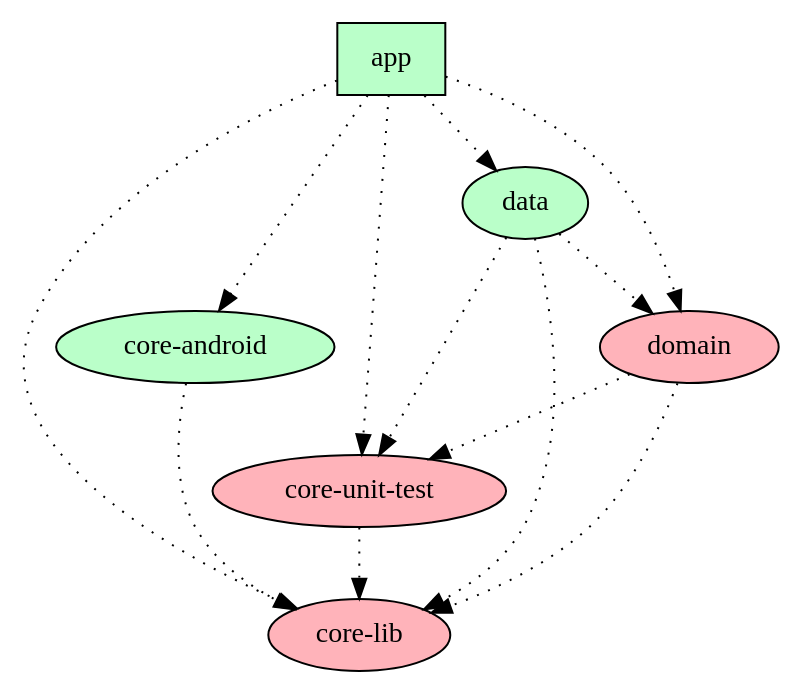
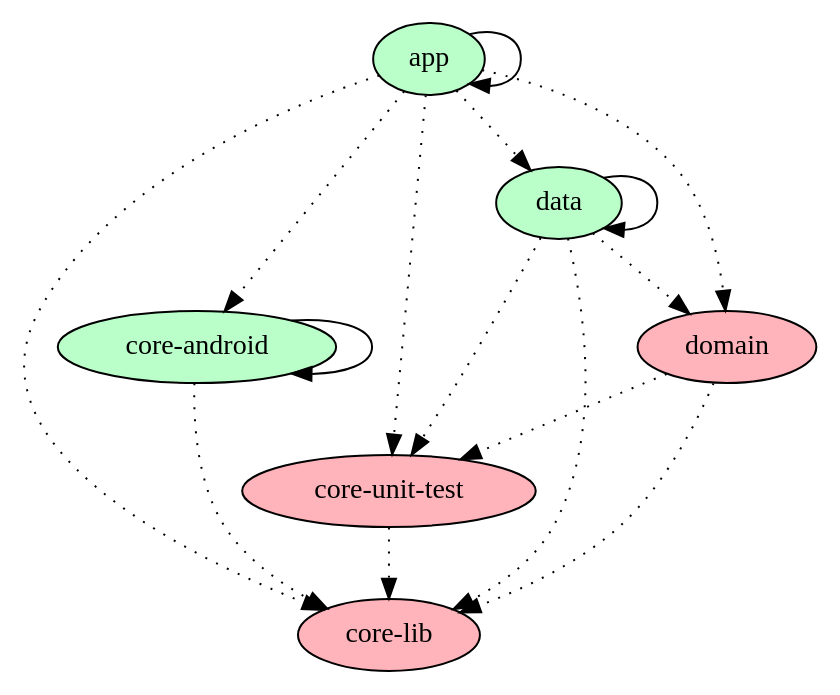
The diagram in dependency-graph/project.dot (huuphuoc1396/AndroidCleanArchitecture), drawn with Graphviz before and after one commit. The commit also changed 4 other files, not shown here.

```diff
--- a/dependency-graph/project.dot
+++ b/dependency-graph/project.dot
@@ -1,31 +1,34 @@
 digraph {
   graph [labelloc=t,fontsize=30,ranksep=0.5];
   node [style=filled, fillcolor="#bbbbbb"];
   rankdir=TB;
 
   # Projects
 
-  "app" [shape=box, fillcolor="#baffc9"];
+  "app" [fillcolor="#baffc9"];
   "core-android" [fillcolor="#baffc9"];
   "core-lib" [fillcolor="#ffb3ba"];
   "core-unit-test" [fillcolor="#ffb3ba"];
   "data" [fillcolor="#baffc9"];
   "domain" [fillcolor="#ffb3ba"];
 
-  {rank = same; "app";}
+  {rank = same;}
 
   # Dependencies
 
+  "app" -> "app"
   "app" -> "data" [style=dotted]
   "app" -> "domain" [style=dotted]
   "app" -> "core-lib" [style=dotted]
   "app" -> "core-android" [style=dotted]
   "app" -> "core-unit-test" [style=dotted]
+  "data" -> "data"
   "data" -> "domain" [style=dotted]
   "data" -> "core-lib" [style=dotted]
   "data" -> "core-unit-test" [style=dotted]
   "domain" -> "core-lib" [style=dotted]
   "domain" -> "core-unit-test" [style=dotted]
+  "core-android" -> "core-android"
   "core-android" -> "core-lib" [style=dotted]
   "core-unit-test" -> "core-lib" [style=dotted]
 }
```
